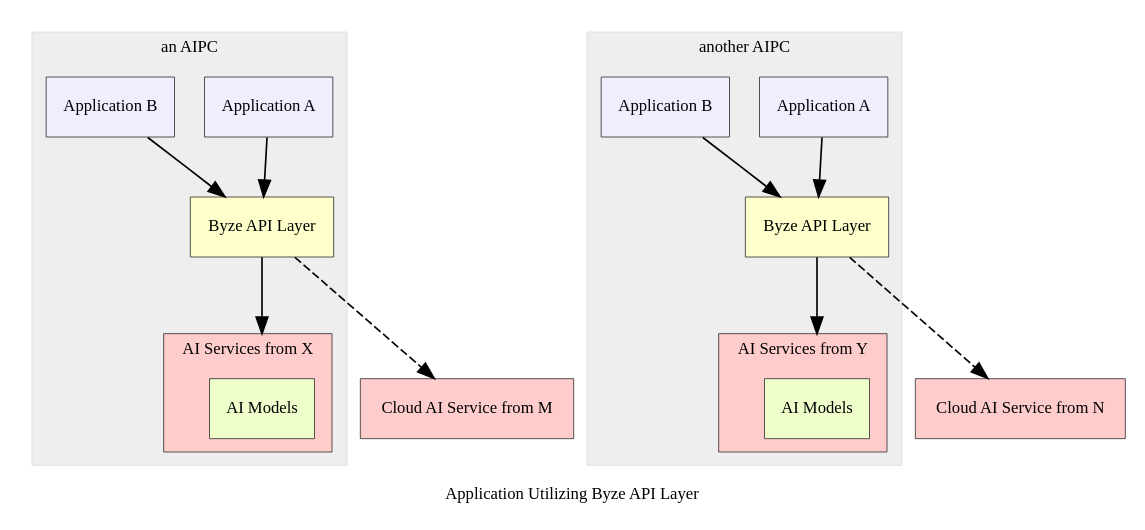
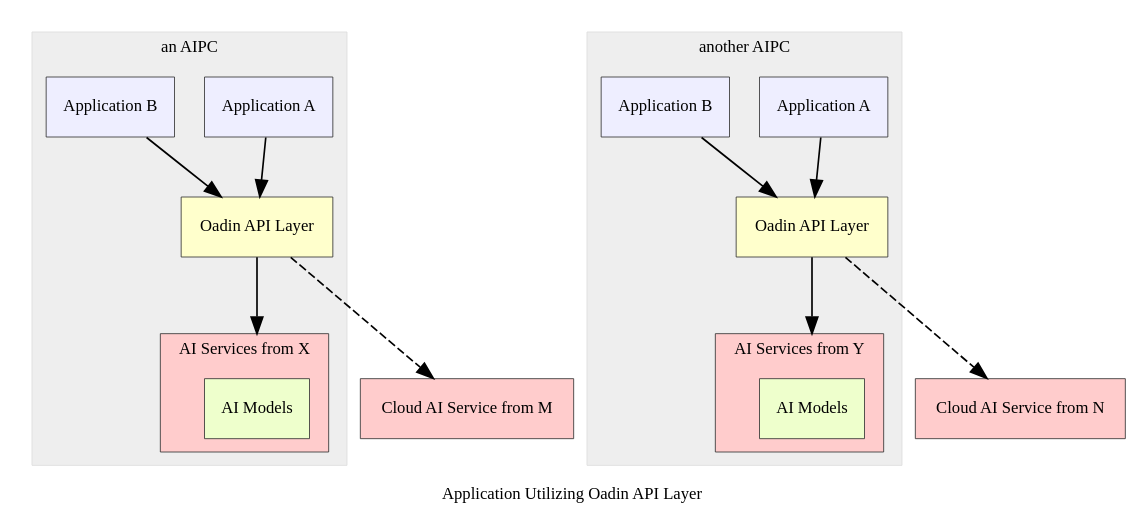
One commit to DigitalChinaOpenSource/oadin changed the third of 3 diagrams in docs/zh-cn/source/介绍.rst. Above: the diagram before and after it, drawn with Graphviz. The commit also changed other lines of this file and 142 other files, not shown here.

```diff
--- a/docs/zh-cn/source/介绍.rst
+++ b/docs/zh-cn/source/介绍.rst
@@ -143,62 +143,62 @@
 .. graphviz:: 
    :align: center
 
    digraph G {
      rankdir=TB
      compound=true
-     label = "Application Utilizing Byze API Layer"
+     label = "Application Utilizing Oadin API Layer"
      graph [fontname = "Verdana", fontsize = 10, style="filled", penwidth=0.5]
      node [fontname = "Verdana", fontsize = 10, shape=box, color="#333333", style="filled", penwidth=0.5] 
 
 
      subgraph cluster_aipc_1 {
         label = "an AIPC"
         color="#dddddd"
         fillcolor="#eeeeee"
 
         app_a1[label="Application A", fillcolor="#eeeeff"]
         app_b1[label="Application B", fillcolor="#eeeeff"]
 
-        byze_1[label="Byze API Layer", fillcolor="#ffffcc"]
+        oadin_1[label="Oadin API Layer", fillcolor="#ffffcc"]
 
 
         subgraph cluster_service_1 {
             label = "AI Services from X"
             color = "#333333"
             fillcolor="#ffcccc"
 
             models_1[label="AI Models", fillcolor="#eeffcc"]
         }
 
-        {app_a1, app_b1} -> byze_1
-        byze_1 -> models_1[lhead=cluster_service_1, minlen=2]
+        {app_a1, app_b1} -> oadin_1
+        oadin_1 -> models_1[lhead=cluster_service_1, minlen=2]
      }
      cloud_m[label="Cloud AI Service from M", fillcolor="#ffcccc"]
-     byze_1 -> cloud_m[minlen=2 style="dashed"]
+     oadin_1 -> cloud_m[minlen=2 style="dashed"]
 
      subgraph cluster_aipc_2 {
         label = "another AIPC"
         color="#dddddd"
         fillcolor="#eeeeee"
 
         app_a2[label="Application A", fillcolor="#eeeeff"]
         app_b2[label="Application B", fillcolor="#eeeeff"]
 
-        byze_2[label="Byze API Layer", fillcolor="#ffffcc"]
+        oadin_2[label="Oadin API Layer", fillcolor="#ffffcc"]
 
 
         subgraph cluster_service_2 {
             label = "AI Services from Y"
             color = "#333333"
             fillcolor="#ffcccc"
 
             models_2[label="AI Models", fillcolor="#eeffcc"]
         }
 
-        {app_a2, app_b2} -> byze_2
-        byze_2 -> models_2[lhead=cluster_service_2, minlen=2]
+        {app_a2, app_b2} -> oadin_2
+        oadin_2 -> models_2[lhead=cluster_service_2, minlen=2]
      }
      cloud_n[label="Cloud AI Service from N", fillcolor="#ffcccc"]
-     byze_2 -> cloud_n[minlen=2 style="dashed"]
+     oadin_2 -> cloud_n[minlen=2 style="dashed"]
 
    }
```
